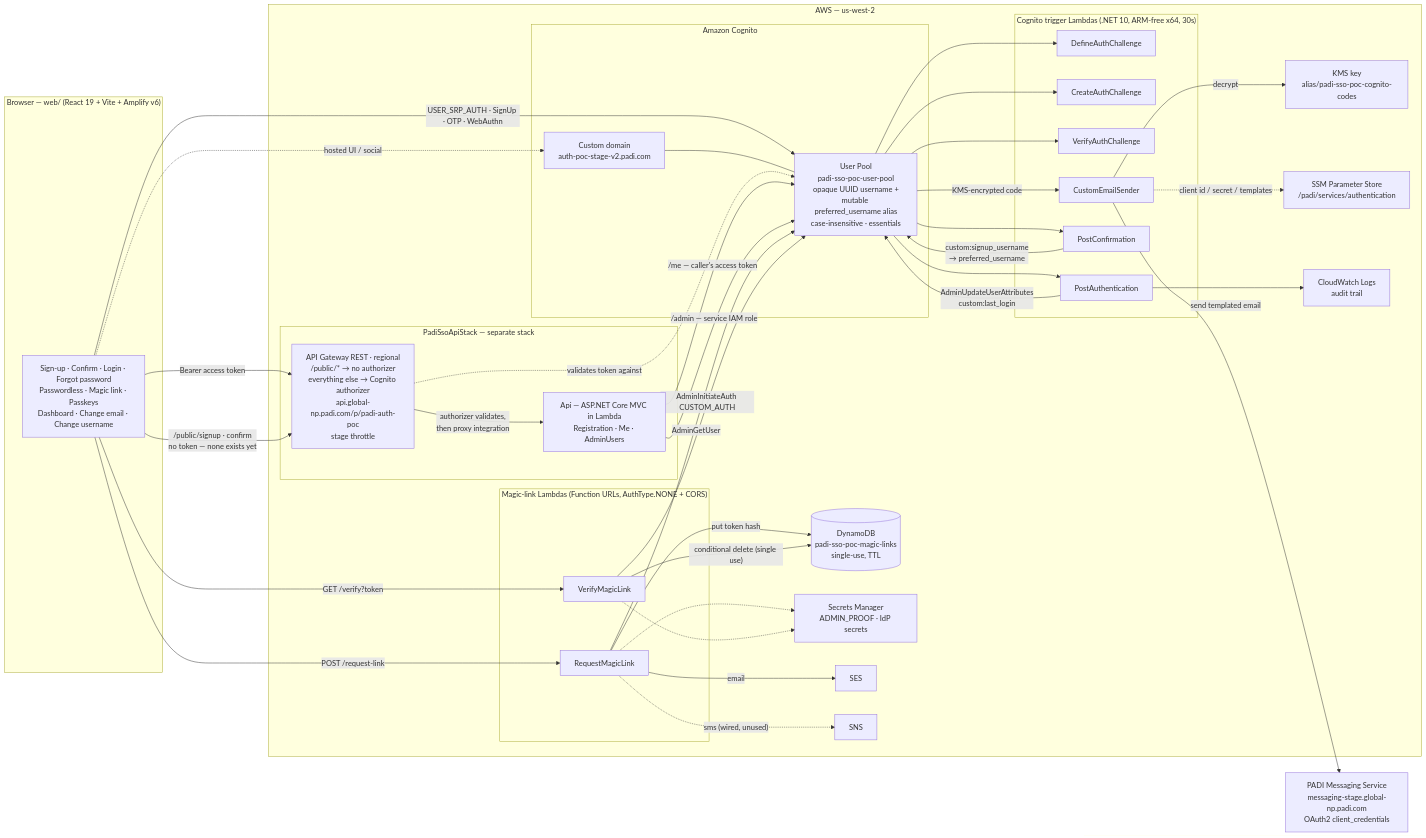
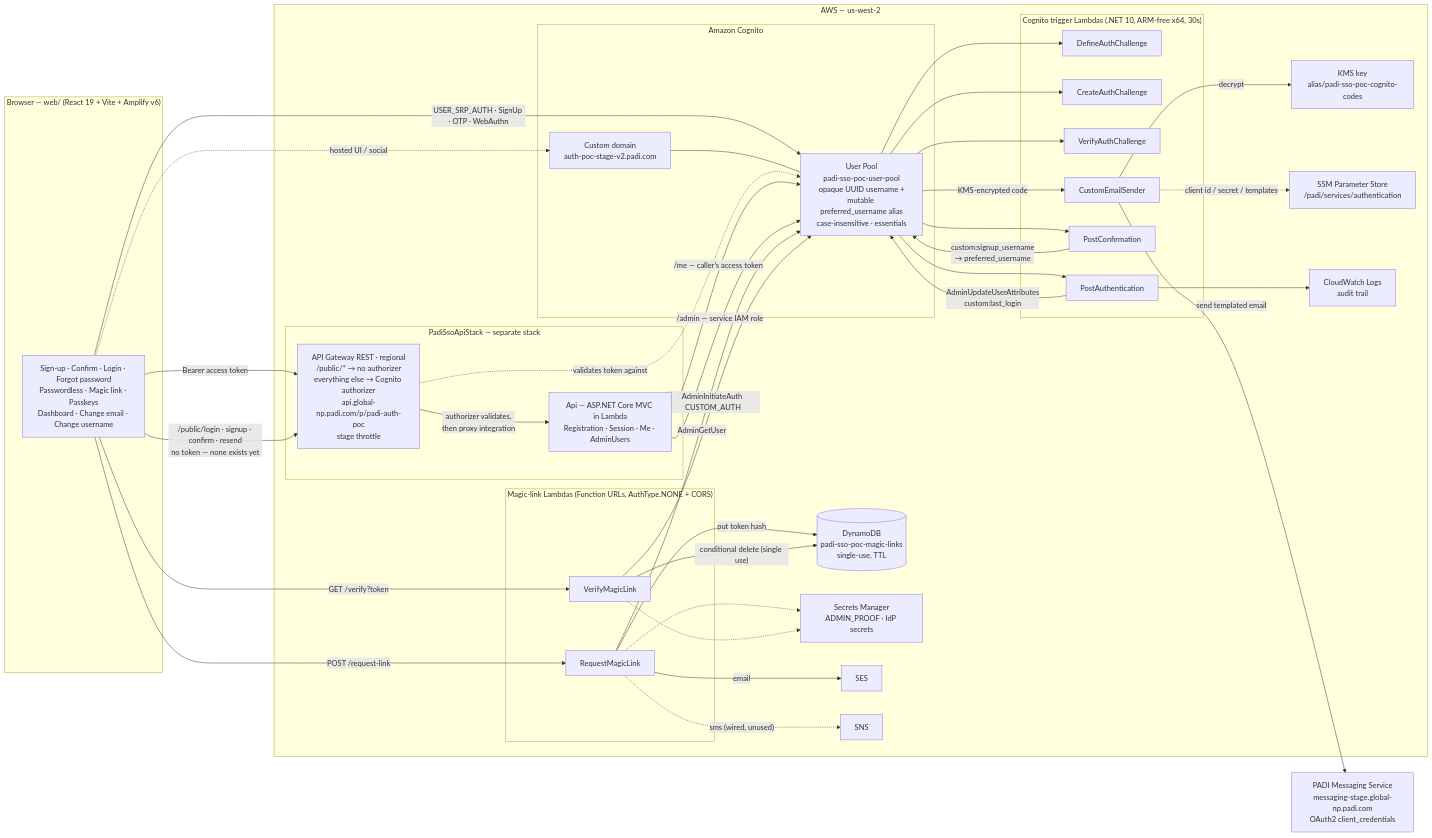
Before and after one commit to minhthanhnguyen/PADISSOPOC: the first of 5 diagrams in PADISSOPOC/docs/architecture.md, drawn with Mermaid. The commit also changed other lines of this file and 19 other files, not shown here.

````diff
--- a/PADISSOPOC/docs/architecture.md
+++ b/PADISSOPOC/docs/architecture.md
@@ -14,81 +14,81 @@
 ```mermaid
 flowchart LR
     subgraph client["Browser — web/ (React 19 + Vite + Amplify v6)"]
         UI["Sign-up · Confirm · Login · Forgot password<br/>Passwordless · Magic link · Passkeys<br/>Dashboard · Change email · Change username"]
     end
 
     subgraph aws["AWS — us-west-2"]
         subgraph idp["Amazon Cognito"]
             POOL["User Pool<br/>padi-sso-poc-user-pool<br/>opaque UUID username +<br/>mutable preferred_username alias<br/>case-insensitive · essentials"]
             DOMAIN["Custom domain<br/>auth-poc-stage-v2.padi.com"]
         end
 
         subgraph triggers["Cognito trigger Lambdas (.NET 10, ARM-free x64, 30s)"]
             DEFINE["DefineAuthChallenge"]
             CREATE["CreateAuthChallenge"]
             VERIFYC["VerifyAuthChallenge"]
             POSTAUTH["PostAuthentication"]
             POSTCONF["PostConfirmation"]
             EMAILSENDER["CustomEmailSender"]
         end
 
         subgraph fnurls["Magic-link Lambdas (Function URLs, AuthType.NONE + CORS)"]
             REQ["RequestMagicLink"]
             VER["VerifyMagicLink"]
         end
 
         subgraph apigw["PadiSsoApiStack — separate stack"]
             GW["API Gateway REST · regional<br/>/public/* → no authorizer<br/>everything else → Cognito authorizer<br/>api.global-np.padi.com/p/padi-auth-poc<br/>stage throttle"]
-            API["Api — ASP.NET Core MVC in Lambda<br/>Registration · Me · AdminUsers"]
+            API["Api — ASP.NET Core MVC in Lambda<br/>Registration · Session · Me · AdminUsers"]
         end
 
         DDB[("DynamoDB<br/>padi-sso-poc-magic-links<br/>single-use, TTL")]
         KMS["KMS key<br/>alias/padi-sso-poc-cognito-codes"]
         SSM["SSM Parameter Store<br/>/padi/services/authentication"]
         SM["Secrets Manager<br/>ADMIN_PROOF · IdP secrets"]
         SES["SES"]
         SNS["SNS"]
         LOGS["CloudWatch Logs<br/>audit trail"]
     end
 
     MSG["PADI Messaging Service<br/>messaging-stage.global-np.padi.com<br/>OAuth2 client_credentials"]
 
     UI -->|"USER_SRP_AUTH · SignUp · OTP · WebAuthn"| POOL
     UI -.->|"hosted UI / social"| DOMAIN
     DOMAIN --- POOL
 
     POOL --> DEFINE
     POOL --> CREATE
     POOL --> VERIFYC
     POOL --> POSTAUTH
     POOL --> POSTCONF
     POOL -->|"KMS-encrypted code"| EMAILSENDER
 
     POSTCONF -->|"custom:signup_username<br/>→ preferred_username"| POOL
 
     UI -->|"POST /request-link"| REQ
     UI -->|"GET /verify?token"| VER
 
     UI -->|"Bearer access token"| GW
-    UI -->|"/public/signup · confirm<br/>no token — none exists yet"| GW
+    UI -->|"/public/login · signup · confirm · resend<br/>no token — none exists yet"| GW
     GW -->|"authorizer validates,<br/>then proxy integration"| API
     GW -.->|"validates token against"| POOL
     API -->|"/me — caller's access token"| POOL
     API -->|"/admin — service IAM role"| POOL
 
     EMAILSENDER -->|decrypt| KMS
     EMAILSENDER -->|"send templated email"| MSG
     POSTAUTH -->|"AdminUpdateUserAttributes<br/>custom:last_login"| POOL
     POSTAUTH --> LOGS
 
     REQ -->|"put token hash"| DDB
     REQ -->|"AdminGetUser"| POOL
     REQ -->|email| SES
     REQ -.->|"sms (wired, unused)"| SNS
     VER -->|"conditional delete (single use)"| DDB
     VER -->|"AdminInitiateAuth CUSTOM_AUTH"| POOL
 
     EMAILSENDER -.->|"client id / secret / templates"| SSM
     REQ -.-> SM
     VER -.-> SM
 ```
````
